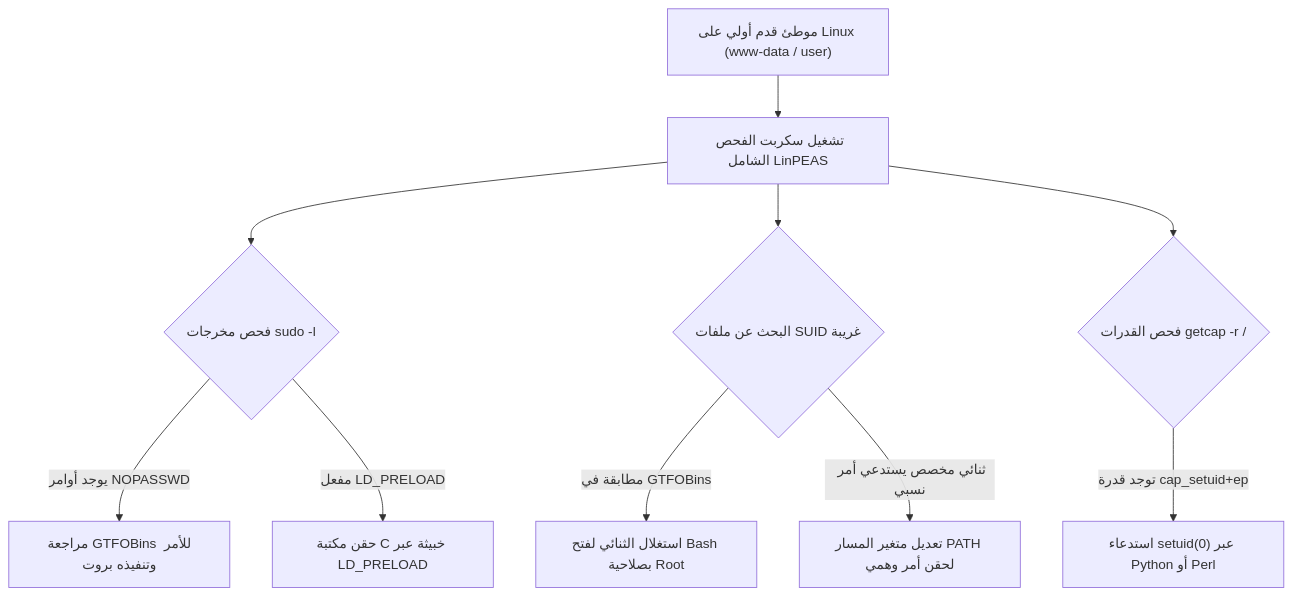
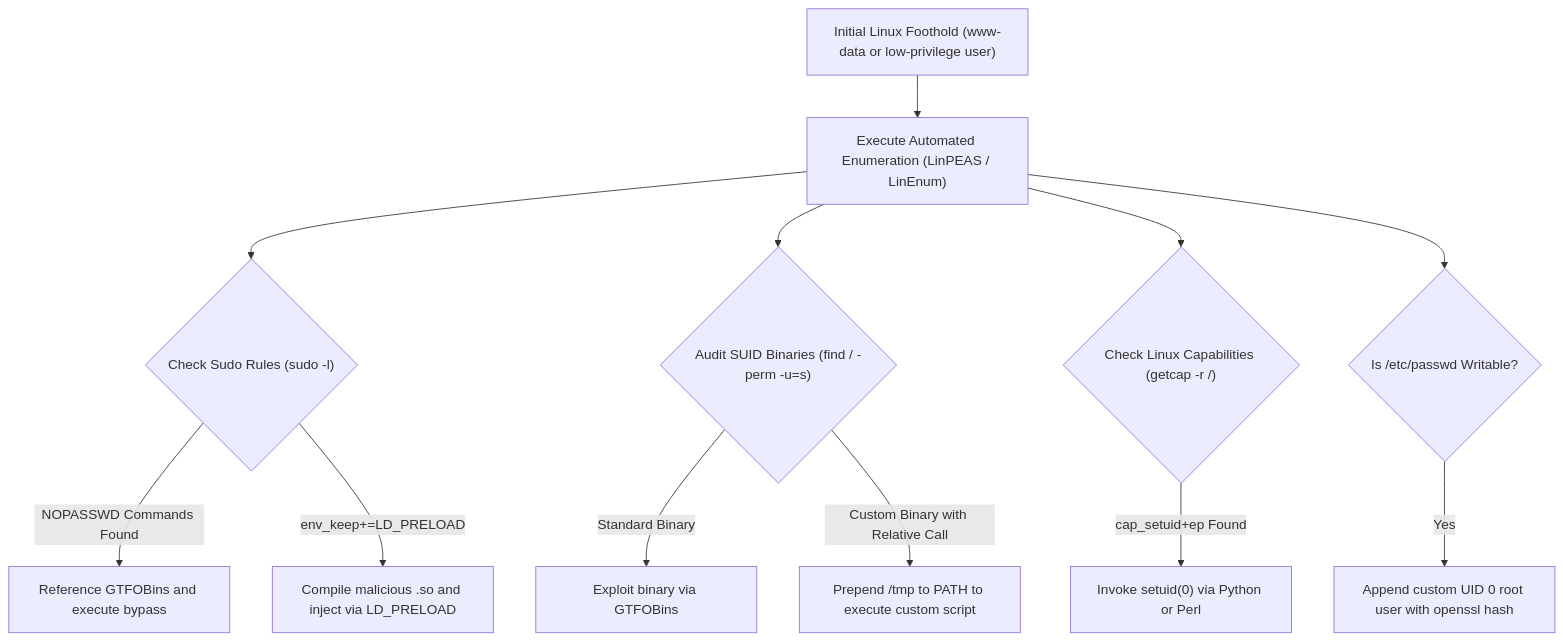
The second of 2 diagrams in _posts/2026-11-12-ecppt-v3-part-5-privilege-escalation-playbook.md (3bdo-fathi/3bdo-fathi.github.io), drawn with Mermaid before and after one commit. The commit also changed other lines of this file and 11 other files, not shown here.

````diff
--- a/_posts/2026-11-12-ecppt-v3-part-5-privilege-escalation-playbook.md
+++ b/_posts/2026-11-12-ecppt-v3-part-5-privilege-escalation-playbook.md
@@ -162,15 +162,18 @@
 ```mermaid
 flowchart TD
-    Start["موطئ قدم أولي على Linux (www-data / user)"] --> Enum["تشغيل سكربت الفحص الشامل LinPEAS"]
+    Start["Initial Linux Foothold (www-data or low-privilege user)"] --> Audit["Execute Automated Enumeration (LinPEAS / LinEnum)"]
     
-    Enum --> SudoCheck{"فحص مخرجات sudo -l"}
-    SudoCheck -- يوجد أوامر NOPASSWD --> SudoExploit["مراجعة GTFOBins للأمر وتنفيذه بروت"]
-    SudoCheck -- مفعل LD_PRELOAD --> Preload["حقن مكتبة C خبيثة عبر LD_PRELOAD"]
+    Audit --> SudoCheck{"Check Sudo Rules (sudo -l)"}
+    SudoCheck -- NOPASSWD Commands Found --> GTFO["Reference GTFOBins and execute bypass"]
+    SudoCheck -- env_keep+=LD_PRELOAD --> Preload["Compile malicious .so and inject via LD_PRELOAD"]
     
-    Enum --> SUIDCheck{"البحث عن ملفات SUID غريبة"}
-    SUIDCheck -- مطابقة في GTFOBins --> SUIDExploit["استغلال الثنائي لفتح Bash بصلاحية Root"]
-    SUIDCheck -- ثنائي مخصص يستدعي أمر نسبي --> PATHHijack["تعديل متغير المسار PATH لحقن أمر وهمي"]
+    Audit --> SUIDCheck{"Audit SUID Binaries (find / -perm -u=s)"}
+    SUIDCheck -- Standard Binary --> SUIDGTFO["Exploit binary via GTFOBins"]
+    SUIDCheck -- Custom Binary with Relative Call --> PATHHijack["Prepend /tmp to PATH to execute custom script"]
     
-    Enum --> CapCheck{"فحص القدرات getcap -r /"}
-    CapCheck -- توجد قدرة cap_setuid+ep --> CapExploit["استدعاء setuid(0) عبر Python أو Perl"]
+    Audit --> CapCheck{"Check Linux Capabilities (getcap -r /)"}
+    CapCheck -- cap_setuid+ep Found --> CapExploit["Invoke setuid(0) via Python or Perl"]
+    
+    Audit --> PasswdCheck{"Is /etc/passwd Writable?"}
+    PasswdCheck -- Yes --> PasswdExploit["Append custom UID 0 root user with openssl hash"]
 ```
````
